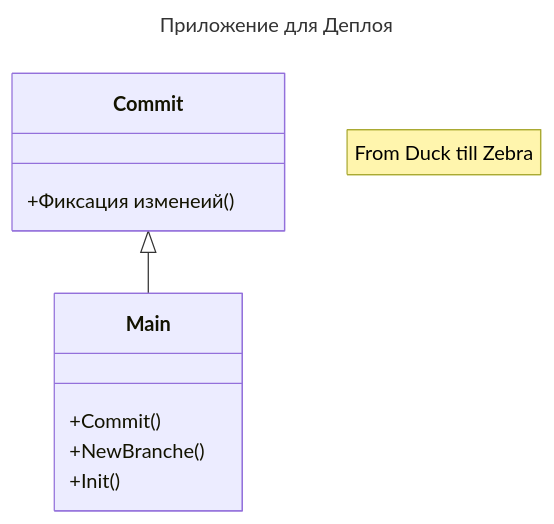
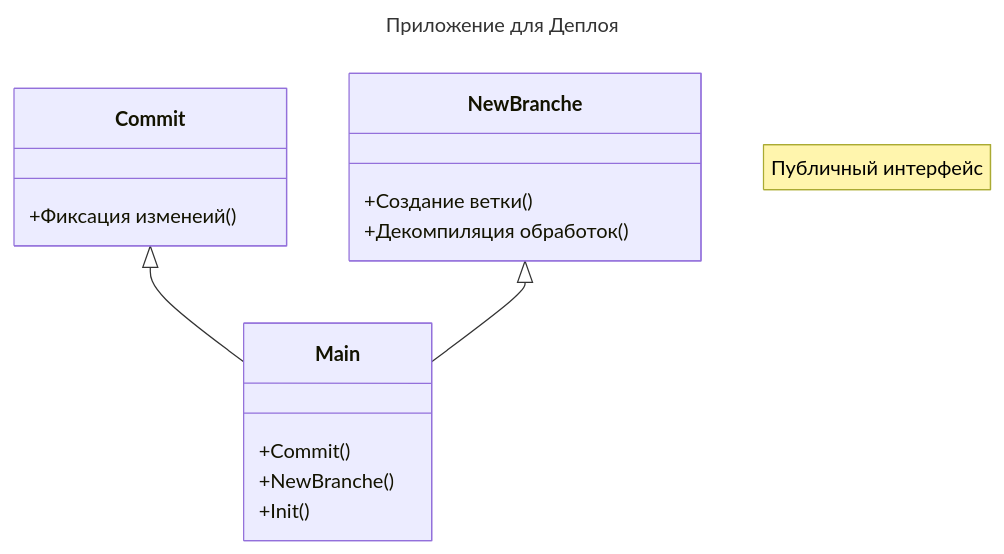
Before and after one commit to Untru/autumn-cli-deploy: the diagram in README.md, drawn with Mermaid.

````diff
--- a/README.md
+++ b/README.md
@@ -6,17 +6,22 @@
 ```mermaid
 ---
 title: Приложение для Деплоя
 ---
 classDiagram
-    note "From Duck till Zebra"
+    note "Публичный интерфейс"
     Commit <|-- Main
+  NewBranche <|-- Main
    class Main{
         +Commit()
         +NewBranche()
         +Init()
     }
     class Commit{
         +Фиксация изменеий()
     }
+    class NewBranche{
+        +Создание ветки()
+        +Декомпиляция обработок()
+    }
 
 ```
````
